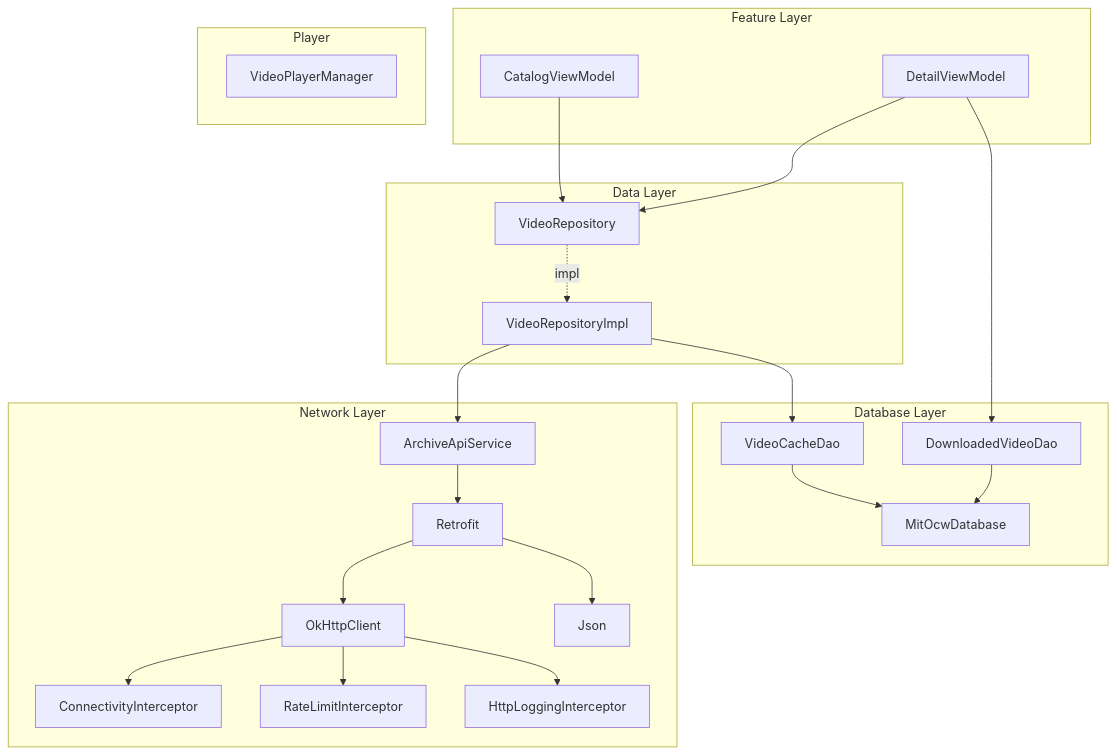
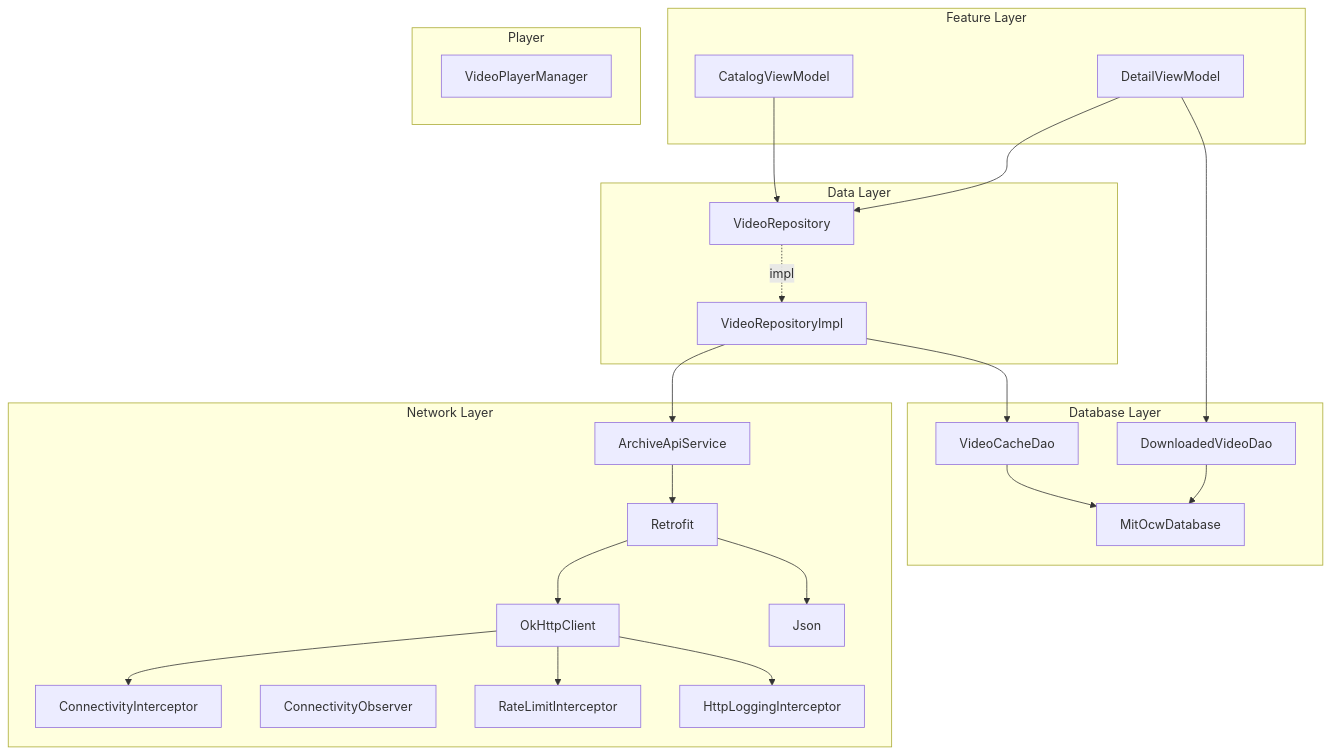
The diagram in engineer_docs/dependency_injection.md (prayogizan/IMIT), drawn with Mermaid before and after one commit. The commit also changed other lines of this file and 10 other files, not shown here.

````diff
--- a/engineer_docs/dependency_injection.md
+++ b/engineer_docs/dependency_injection.md
@@ -163,47 +164,48 @@
 ```mermaid
 graph TD
     subgraph "Feature Layer"
         CVM[CatalogViewModel]
         DVM[DetailViewModel]
     end
 
     subgraph "Data Layer"
         VR[VideoRepository]
         VRI[VideoRepositoryImpl]
     end
 
     subgraph "Network Layer"
         API[ArchiveApiService]
         RET[Retrofit]
         OKH[OkHttpClient]
         JSON[Json]
         CI[ConnectivityInterceptor]
+        CO[ConnectivityObserver]
         RI[RateLimitInterceptor]
         LI[HttpLoggingInterceptor]
     end
 
     subgraph "Database Layer"
         DB[MitOcwDatabase]
         VCD[VideoCacheDao]
         DVD[DownloadedVideoDao]
     end
 
     subgraph "Player"
         PM[VideoPlayerManager]
     end
 
     CVM --> VR
     DVM --> VR
     DVM --> DVD
     VR -.->|"impl"| VRI
     VRI --> API
     VRI --> VCD
     API --> RET
     RET --> OKH
     RET --> JSON
     OKH --> CI
     OKH --> RI
     OKH --> LI
     VCD --> DB
     DVD --> DB
 ```
````
